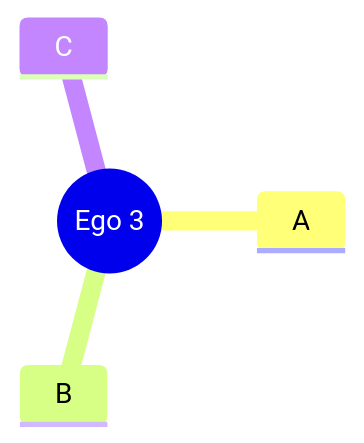
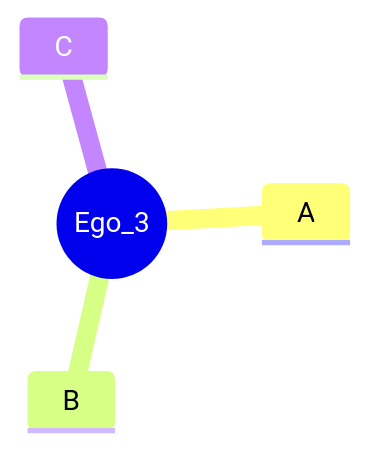
The diagram in learning/na101-basics/learn.md (czrpb/networkanalysis), drawn with Mermaid before and after one commit.

Commit message:
updates: 20231119-145503

````diff
--- a/learning/na101-basics/learn.md
+++ b/learning/na101-basics/learn.md
@@ -35,7 +35,7 @@
 ```mermaid
 mindmap
-  root(("Ego 3"))
+  root(("Ego_3"))
     A
     B
     C
 ```
````
